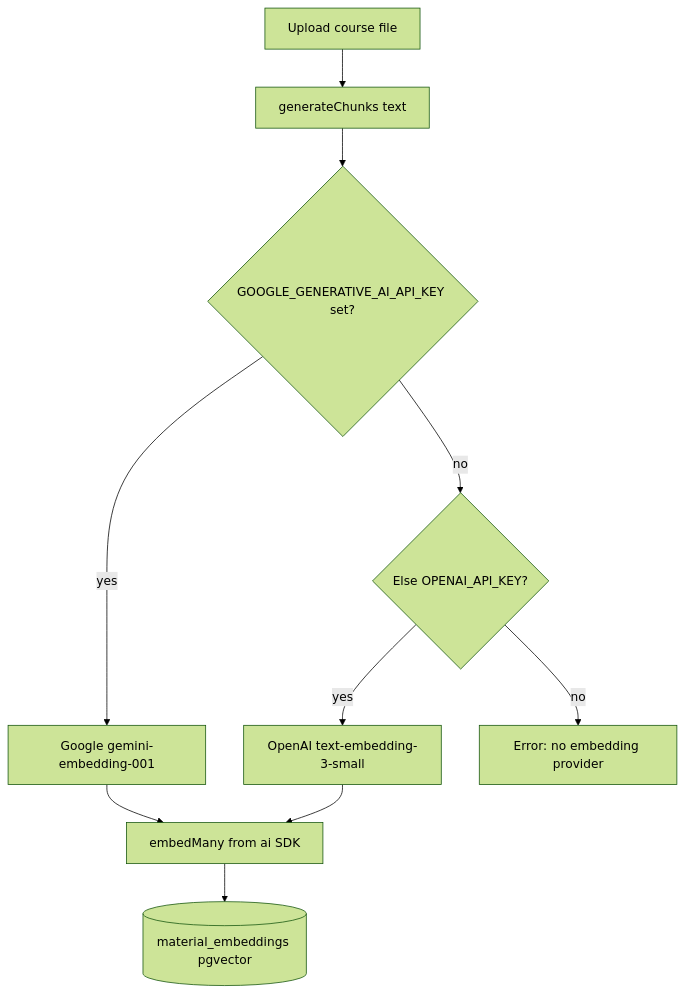
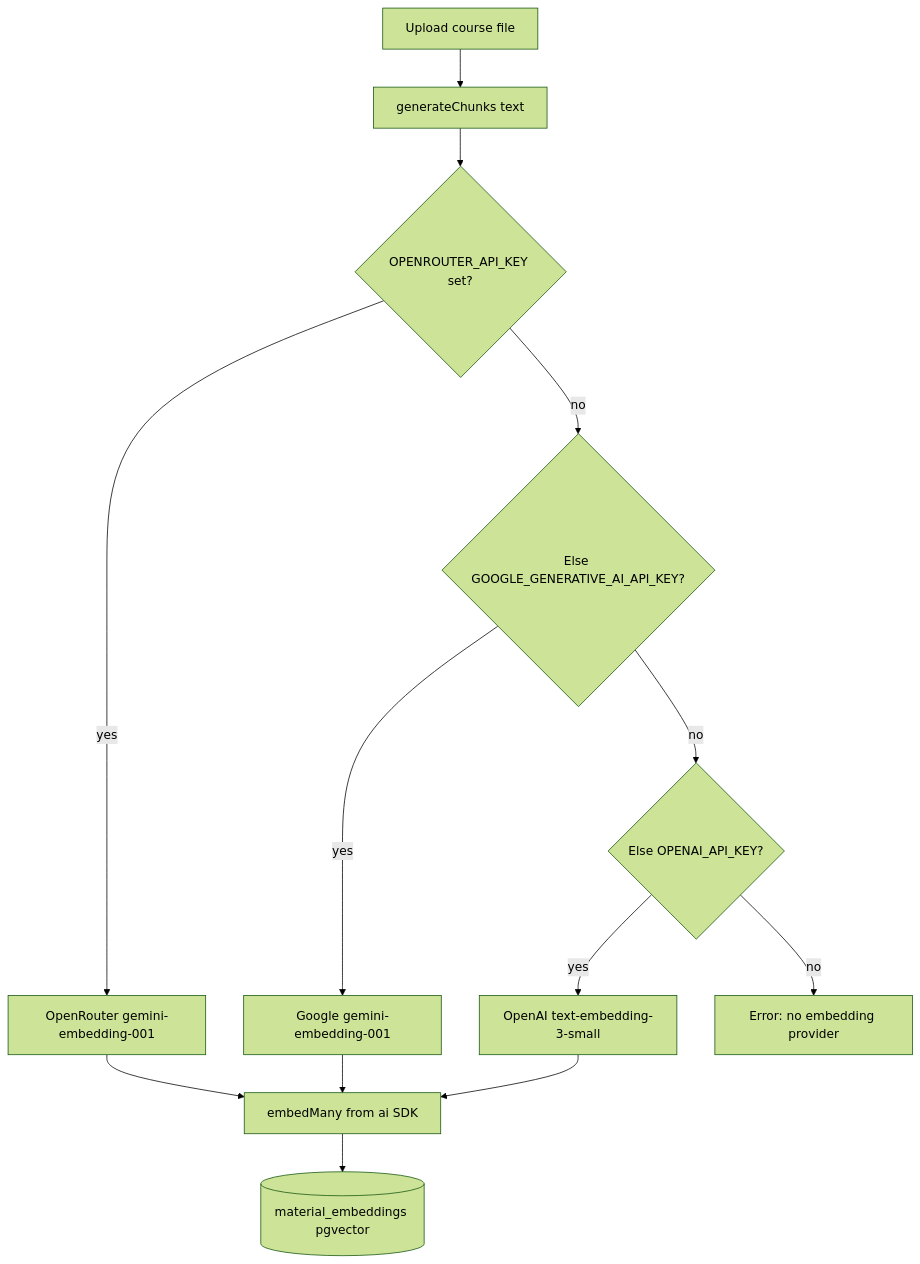
The third of 7 diagrams in docs/ARCHITECTURE.md (EduAI-Lab/EduAI), drawn with Mermaid (forest theme) before and after one commit. The commit also changed other lines of this file and 9 other files, not shown here.

First line of the commit message:
feat: Add OpenRouter embedding provider and update environment configuration

````diff
--- a/docs/ARCHITECTURE.md
+++ b/docs/ARCHITECTURE.md
@@ -117,17 +118,21 @@
 ```mermaid
 flowchart TD
   Upload[Upload course file]
   Chunk[generateChunks text]
-  Env{GOOGLE_GENERATIVE_AI_API_KEY set?}
+  Env{OPENROUTER_API_KEY set?}
+  Google{Else GOOGLE_GENERATIVE_AI_API_KEY?}
   OpenAI{Else OPENAI_API_KEY?}
+  OR[OpenRouter gemini-embedding-001]
   Gem[Google gemini-embedding-001]
   Te3[OpenAI text-embedding-3-small]
   Many[embedMany from ai SDK]
   PG[(material_embeddings pgvector)]
   Upload --> Chunk --> Env
-  Env -->|yes| Gem --> Many
-  Env -->|no| OpenAI
+  Env -->|yes| OR --> Many
+  Env -->|no| Google
+  Google -->|yes| Gem --> Many
+  Google -->|no| OpenAI
   OpenAI -->|yes| Te3 --> Many
   OpenAI -->|no| Err[Error: no embedding provider]
   Many --> PG
 ```
````
